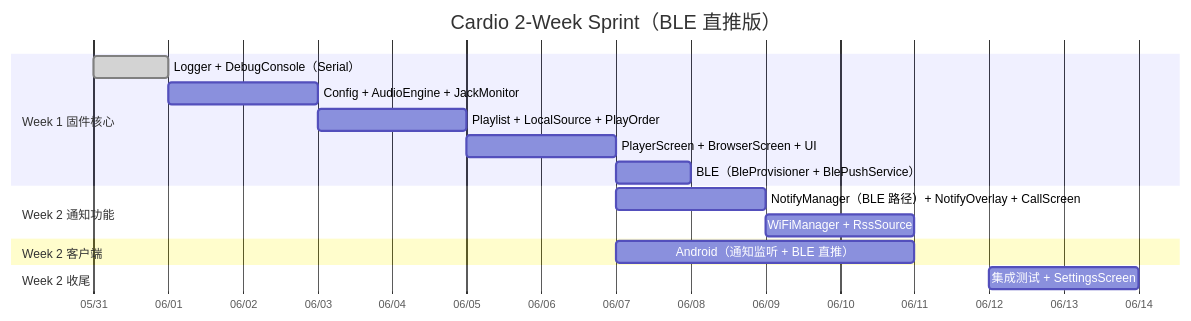
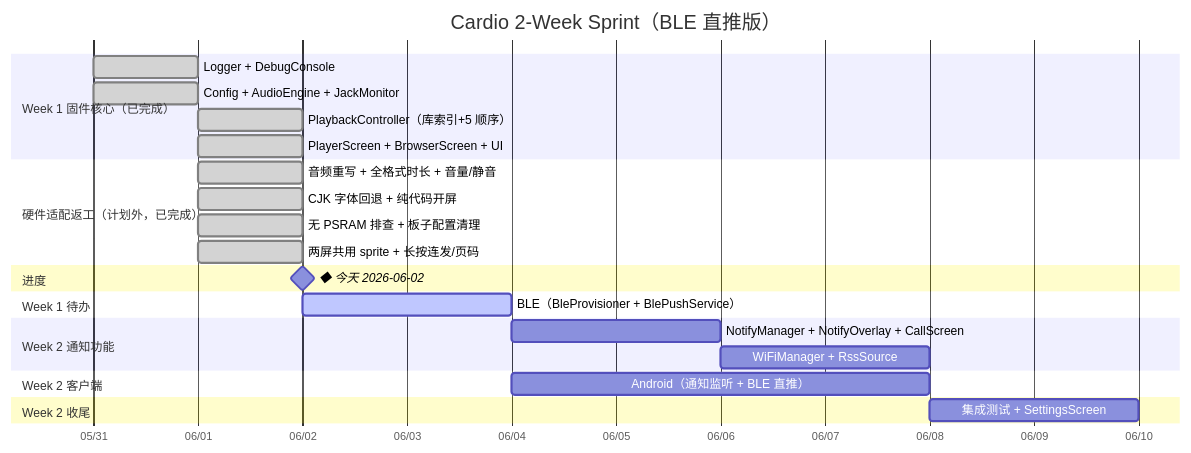
The diagram in Cardio/PLAN.md (ZUENS2020/Cardio), drawn with Mermaid before and after one commit. The commit also changed other lines of this file and 61 other files, not shown here.

First line of the commit message:
Add PlaybackController, UI screens; remove PSRAM use

````diff
--- a/Cardio/PLAN.md
+++ b/Cardio/PLAN.md
@@ -60,23 +58,35 @@
 ```mermaid
 gantt
     title Cardio 2-Week Sprint（BLE 直推版）
     dateFormat  YYYY-MM-DD
     axisFormat  %m/%d
+    todayMarker off
 
-    section Week 1 固件核心
-    Logger + DebugConsole（Serial）      :done, w1a0, 2026-05-31, 1d
-    Config + AudioEngine + JackMonitor   :w1a, after w1a0, 2d
-    Playlist + LocalSource + PlayOrder   :w1b, after w1a, 2d
-    PlayerScreen + BrowserScreen + UI    :w1c, after w1b, 2d
-    BLE（BleProvisioner + BlePushService）:w1d, after w1c, 1d
+    section Week 1 固件核心（已完成）
+    Logger + DebugConsole                :done, 2026-05-31, 1d
+    Config + AudioEngine + JackMonitor   :done, 2026-05-31, 1d
+    PlaybackController（库索引+5 顺序）   :done, 2026-06-01, 1d
+    PlayerScreen + BrowserScreen + UI    :done, 2026-06-01, 1d
+
+    section 硬件适配返工（计划外，已完成）
+    音频重写 + 全格式时长 + 音量/静音     :done, 2026-06-01, 1d
+    CJK 字体回退 + 纯代码开屏            :done, 2026-06-01, 1d
+    无 PSRAM 排查 + 板子配置清理         :done, 2026-06-01, 1d
+    两屏共用 sprite + 长按连发/页码      :done, 2026-06-01, 1d
+
+    section 进度
+    ◆ 今天 2026-06-02                    :milestone, m0, 2026-06-02, 0d
+
+    section Week 1 待办
+    BLE（BleProvisioner + BlePushService）:active, w1d, 2026-06-02, 2d
 
     section Week 2 通知功能
-    NotifyManager（BLE 路径）+ NotifyOverlay + CallScreen :w2a, 2026-06-07, 2d
+    NotifyManager + NotifyOverlay + CallScreen :w2a, after w1d, 2d
     WiFiManager + RssSource              :w2b, after w2a, 2d
 
     section Week 2 客户端
-    Android（通知监听 + BLE 直推）       :a1, 2026-06-07, 4d
+    Android（通知监听 + BLE 直推）       :a1, 2026-06-04, 4d
 
     section Week 2 收尾
-    集成测试 + SettingsScreen            :t1, 2026-06-12, 2d
+    集成测试 + SettingsScreen            :t1, after w2b, 2d
 ```
````
